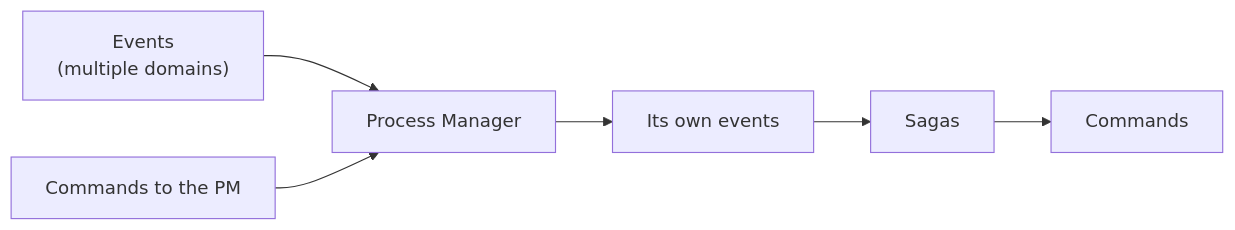
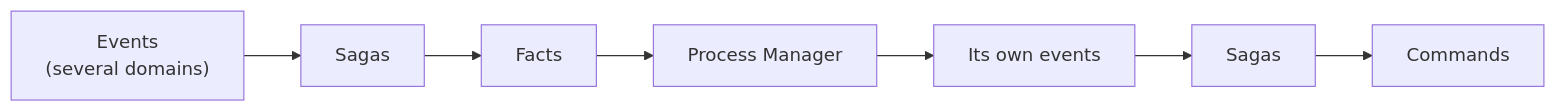
One commit to angzarr-io/angzarr-project changed the fifth of 5 diagrams in site/src/content/docs/patterns-explained.mdx. Above: the diagram before and after it, drawn with Mermaid. The commit also changed other lines of this file and 5 other files, not shown here.

First line of the commit message:
site: process managers take facts only (14.31, revised)

````diff
--- a/site/src/content/docs/patterns-explained.mdx
+++ b/site/src/content/docs/patterns-explained.mdx
@@ -241,6 +241,5 @@
 ```mermaid
 flowchart LR
-    E["Events<br/>(multiple domains)"] --> PM[Process Manager]
-    K["Commands to the PM"] --> PM
-    PM --> P["Its own events"] --> S[Sagas] --> C[Commands]
+    E["Events<br/>(several domains)"] --> SI[Sagas] --> F["Facts"] --> PM[Process Manager]
+    PM --> P["Its own events"] --> SO[Sagas] --> C[Commands]
 ```
````
